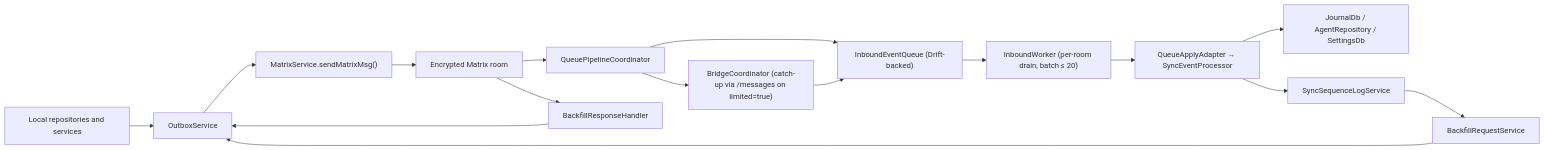
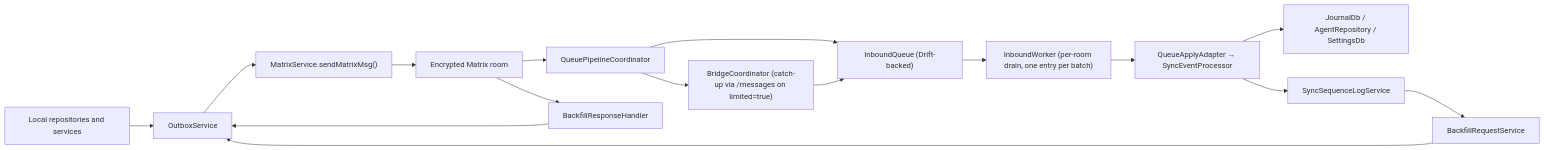
One commit to matthiasn/lotti changed the first of 11 diagrams in lib/features/sync/README.md. Above: the diagram before and after it, drawn with Mermaid. The commit also changed other lines of this file and 43 other files, not shown here.

````diff
--- a/lib/features/sync/README.md
+++ b/lib/features/sync/README.md
@@ -24,20 +24,20 @@
 ```mermaid
 flowchart LR
   Local["Local repositories and services"] --> Outbox["OutboxService"]
   Outbox --> Sender["MatrixService.sendMatrixMsg()"]
   Sender --> Room["Encrypted Matrix room"]
 
   Room --> QueueCoord["QueuePipelineCoordinator"]
   QueueCoord --> Bridge["BridgeCoordinator (catch-up via /messages on limited=true)"]
-  QueueCoord --> Queue["InboundEventQueue (Drift-backed)"]
+  QueueCoord --> Queue["InboundQueue (Drift-backed)"]
   Bridge --> Queue
-  Queue --> Worker["InboundWorker (per-room drain, batch ≤ 20)"]
+  Queue --> Worker["InboundWorker (per-room drain, one entry per batch)"]
   Worker --> Apply["QueueApplyAdapter → SyncEventProcessor"]
   Apply --> Stores["JournalDb / AgentRepository / SettingsDb"]
   Apply --> Sequence["SyncSequenceLogService"]
 
   Sequence --> BackfillReq["BackfillRequestService"]
   Room --> BackfillResp["BackfillResponseHandler"]
   BackfillReq --> Outbox
   BackfillResp --> Outbox
 ```
````
